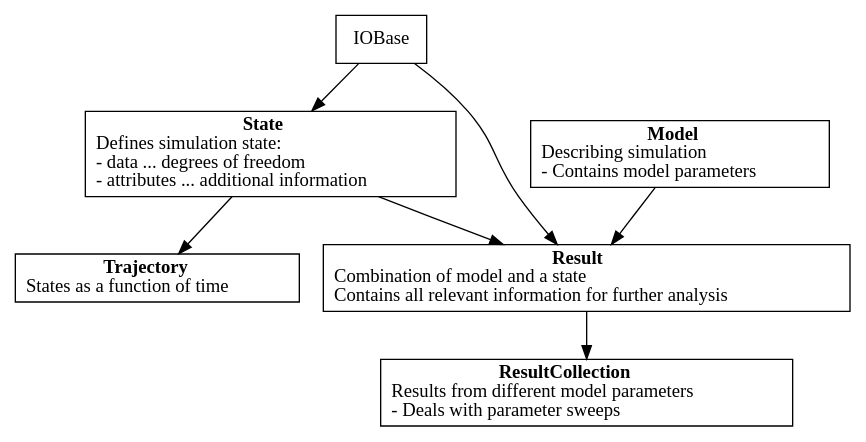
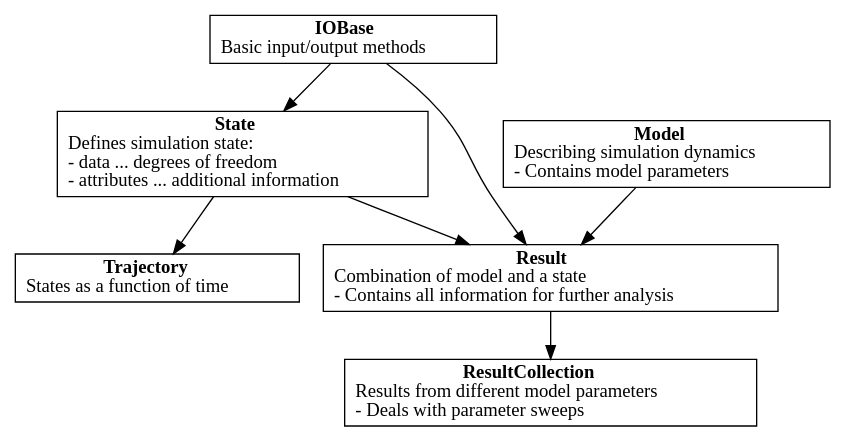
The diagram in docs/source/structure.rst (zwicker-group/py-modelrunner), drawn with Graphviz before and after one commit.

Commit message:
Improved documentation

```diff
--- a/docs/source/structure.rst
+++ b/docs/source/structure.rst
@@ -7,17 +7,17 @@
 .. graphviz::
 
    digraph Structure {
       node [shape=box]  /* default attributes */
 
-      IOBase [label="IOBase", href="../packages/modelrunner.html#modelrunner.io.IOBase", target="_top"];
+      IOBase [label=<<b>IOBase</b><br/>Basic input/output methods>, href="../packages/modelrunner.html#modelrunner.io.IOBase", target="_top"];
       State [label=<<b>State</b><br/>Defines simulation state:<br align="left"/>- data ... degrees of freedom<br align="left"/>- attributes ... additional information>, href="../packages/modelrunner.html#modelrunner.state.StateBase", target="_top"];
       Trajectory [label=<<b>Trajectory</b><br/>States as a function of time>, href="../packages/modelrunner.html#modelrunner.state.Trajectory", target="_top"];
-      Model [label=<<b>Model</b><br/>Describing simulation<br align="left"/>- Contains model parameters>, href="../packages/modelrunner.html#module-modelrunner.model", target="_top"];
-      Result [label=<<b>Result</b><br/>Combination of model and a state<br align="left"/>Contains all relevant information for further analysis>, href="../packages/modelrunner.html#modelrunner.results.Result", target="_top"];
+      Model [label=<<b>Model</b><br/>Describing simulation dynamics<br align="left"/>- Contains model parameters<br align="left"/>>, href="../packages/modelrunner.html#module-modelrunner.model", target="_top"];
+      Result [label=<<b>Result</b><br/>Combination of model and a state<br align="left"/>- Contains all information for further analysis>, href="../packages/modelrunner.html#modelrunner.results.Result", target="_top"];
       ResultCollection [label=<<b>ResultCollection</b><br/>Results from different model parameters<br align="left"/>- Deals with parameter sweeps<br align="left"/>>, href="../packages/modelrunner.html#modelrunner.results.ResultCollection", target="_top"];
 
       IOBase -> State -> Result;
       State -> Trajectory;
       Model -> Result;
       IOBase -> Result -> ResultCollection;
    }
```
